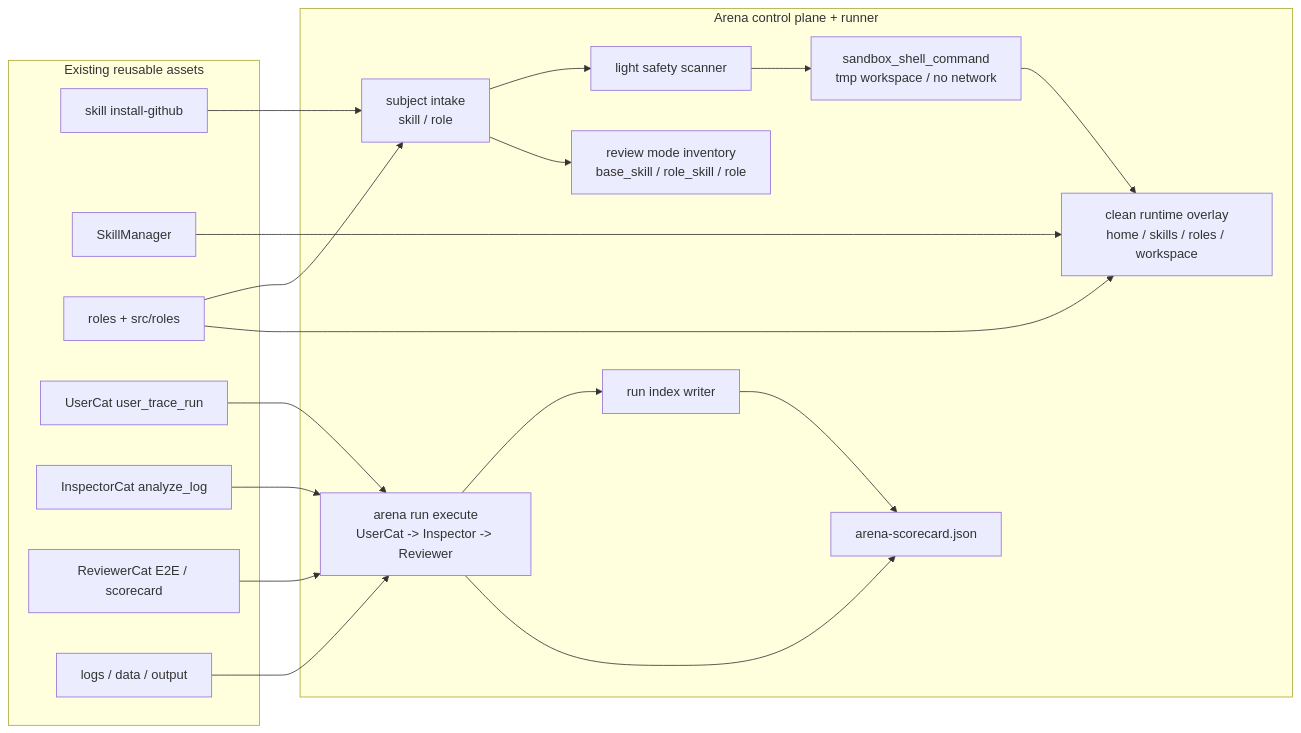
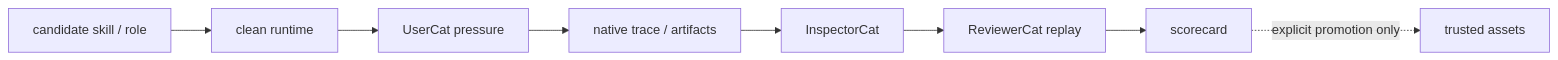
The diagram in docs/arena/PLAN.md (fightheyyy/XiaoBa-CLI), drawn with Mermaid before and after one commit. The commit also changed other lines of this file and 149 other files, not shown here.

Commit message:
Consolidate seven-role runtime architecture

````diff
--- a/docs/arena/PLAN.md
+++ b/docs/arena/PLAN.md
@@ -46,39 +19,10 @@
 ```mermaid
 flowchart LR
-    subgraph Existing["Existing reusable assets"]
-        SkillCmd["skill install-github"]
-        SkillManager["SkillManager"]
-        Roles["roles + src/roles"]
-        UserCat["UserCat user_trace_run"]
-        Inspector["InspectorCat analyze_log"]
-        Reviewer["ReviewerCat E2E / scorecard"]
-        Evidence["logs / data / output"]
-    end
-
-    subgraph Arena["Arena control plane + runner"]
-        Intake["subject intake<br/>skill / role"]
-        Profile["review mode inventory<br/>base_skill / role_skill / role"]
-        Scanner["light safety scanner"]
-        Sandbox["sandbox_shell_command<br/>tmp workspace / no network"]
-        Overlay["clean runtime overlay<br/>home / skills / roles / workspace"]
-        Runner["arena run execute<br/>UserCat -> Inspector -> Reviewer"]
-        Index["run index writer"]
-        Score["arena-scorecard.json"]
-    end
-
-    SkillCmd --> Intake
-    SkillManager --> Overlay
-    Roles --> Intake
-    Roles --> Overlay
-    UserCat --> Runner
-    Inspector --> Runner
-    Reviewer --> Runner
-    Evidence --> Runner
-    Intake --> Scanner
-    Intake --> Profile
-    Scanner --> Sandbox
-    Sandbox --> Overlay
-    Runner --> Index
-    Runner --> Score
-    Index --> Score
+    Subject["candidate skill / role"] --> Clean["clean runtime"]
+    Clean --> User["UserCat pressure"]
+    User --> Evidence["native trace / artifacts"]
+    Evidence --> Inspector["InspectorCat"]
+    Inspector --> Reviewer["ReviewerCat replay"]
+    Reviewer --> Score["scorecard"]
+    Score -. "explicit promotion only" .-> Trusted["trusted assets"]
 ```
````
